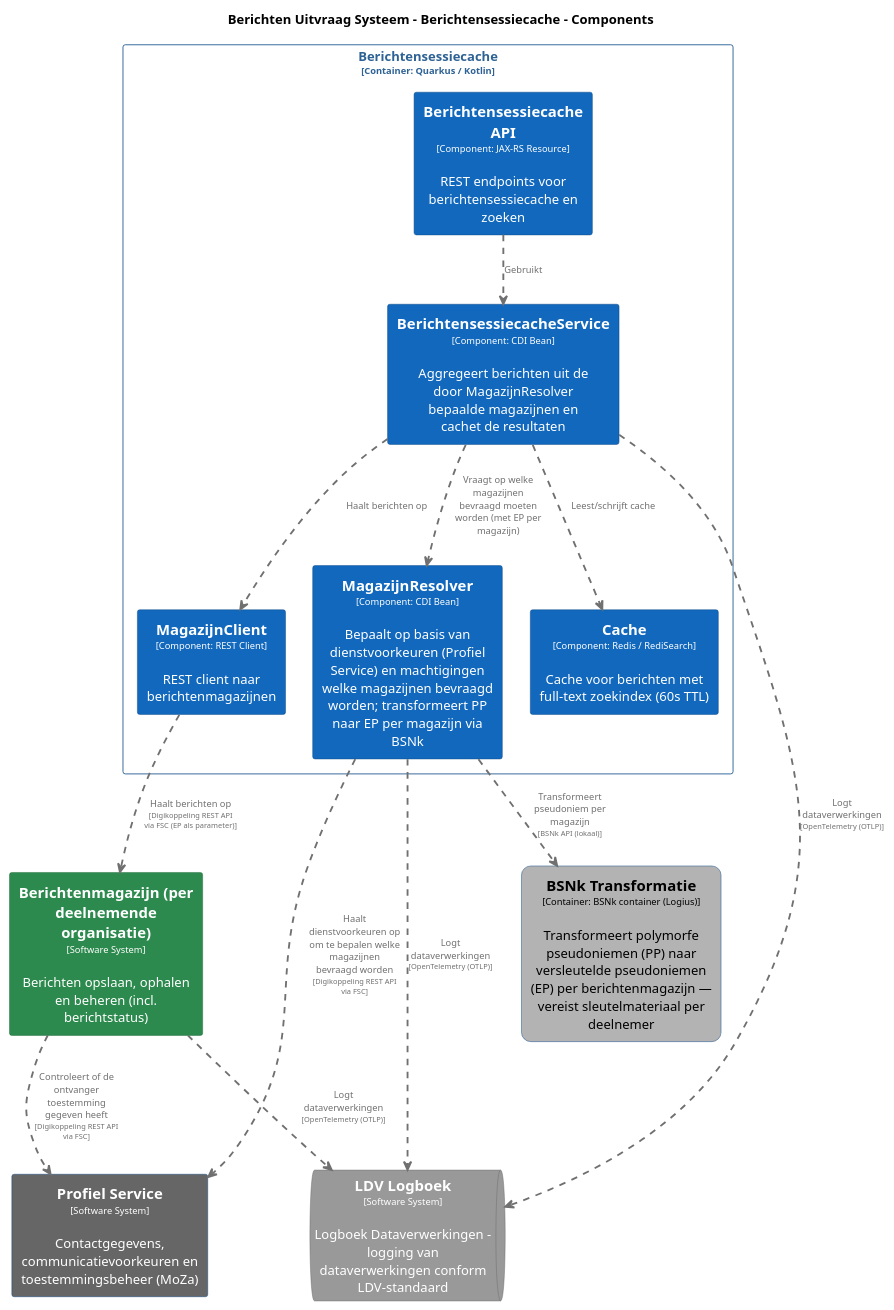
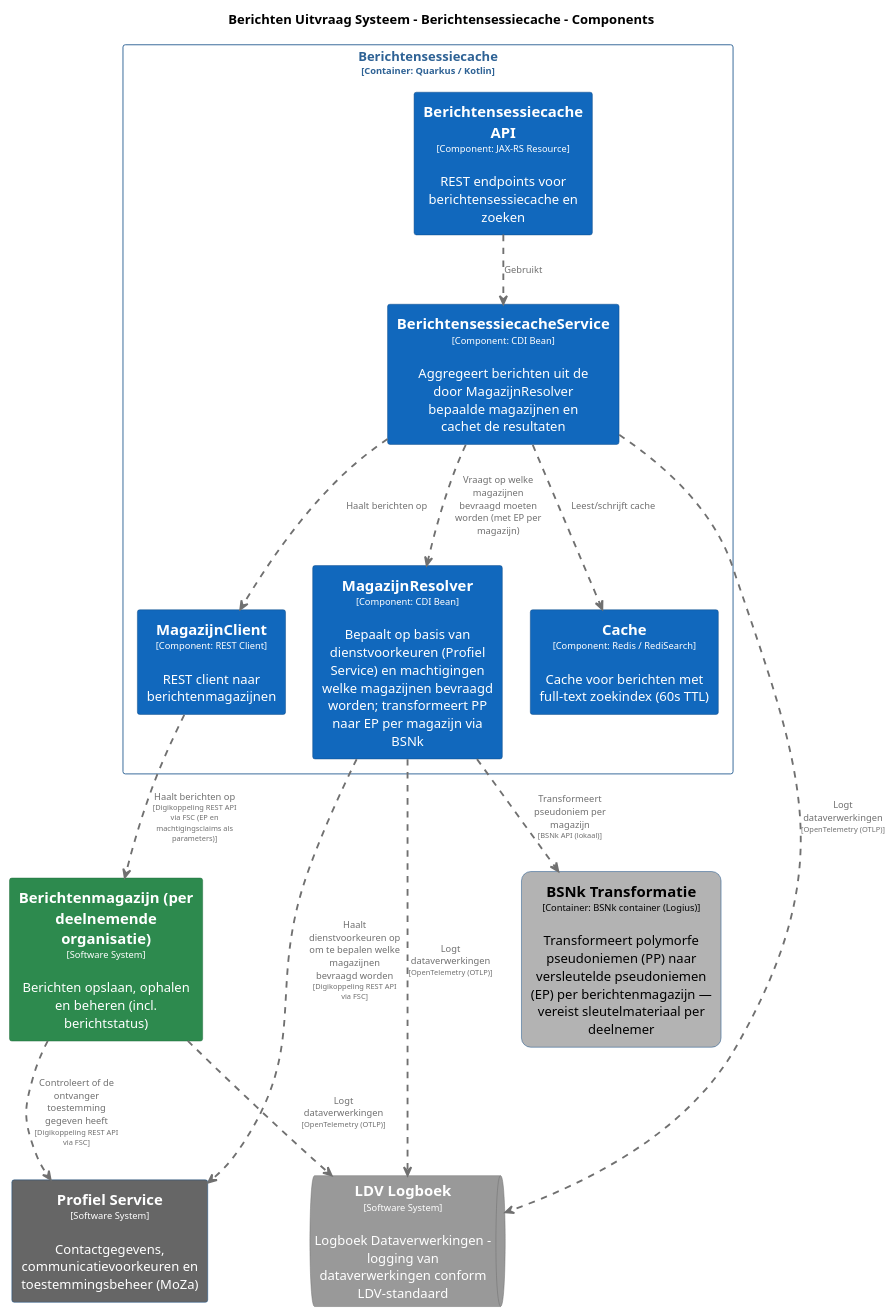
The diagram in pr-preview/pr-22/master/puml/BerichtensessiecacheComponenten.puml (MinBZK/moza-poc-fbs-berichtenbox), drawn with PlantUML before and after one commit. The commit also changed 39 other files, not shown here.

```diff
--- a/pr-preview/pr-22/master/puml/BerichtensessiecacheComponenten.puml
+++ b/pr-preview/pr-22/master/puml/BerichtensessiecacheComponenten.puml
@@ -1,103 +1,103 @@
 @startuml
 set separator none
 title Berichten Uitvraag Systeem - Berichtensessiecache - Components
 
 top to bottom direction
 skinparam ranksep 60
 skinparam nodesep 30
 
 skinparam {
   arrowFontSize 10
   defaultTextAlignment center
   wrapWidth 200
   maxMessageSize 100
 }
 
 hide stereotype
 
 skinparam rectangle<<BerichtenUitvraagSysteem.BSNkTransformatie>> {
   BackgroundColor #b3b3b3
   FontColor #000000
   BorderColor #0b4884
   roundCorner 20
   shadowing false
 }
 skinparam rectangle<<Berichtenmagazijnperdeelnemendeorganisatie>> {
   BackgroundColor #2d8a4e
   FontColor #ffffff
   BorderColor #1e6b38
   shadowing false
 }
 skinparam rectangle<<BerichtenUitvraagSysteem.Berichtensessiecache.BerichtensessiecacheAPI>> {
   BackgroundColor #1168bd
   FontColor #ffffff
   BorderColor #0b4884
   shadowing false
 }
 skinparam rectangle<<BerichtenUitvraagSysteem.Berichtensessiecache.BerichtensessiecacheService>> {
   BackgroundColor #1168bd
   FontColor #ffffff
   BorderColor #0b4884
   shadowing false
 }
 skinparam rectangle<<BerichtenUitvraagSysteem.Berichtensessiecache.Cache>> {
   BackgroundColor #1168bd
   FontColor #ffffff
   BorderColor #0b4884
   shadowing false
 }
 skinparam queue<<LDVLogboek>> {
   BackgroundColor #999999
   FontColor #ffffff
   BorderColor #6b6b6b
   shadowing false
 }
 skinparam rectangle<<BerichtenUitvraagSysteem.Berichtensessiecache.MagazijnClient>> {
   BackgroundColor #1168bd
   FontColor #ffffff
   BorderColor #0b4884
   shadowing false
 }
 skinparam rectangle<<BerichtenUitvraagSysteem.Berichtensessiecache.MagazijnResolver>> {
   BackgroundColor #1168bd
   FontColor #ffffff
   BorderColor #0b4884
   shadowing false
 }
 skinparam rectangle<<ProfielService>> {
   BackgroundColor #666666
   FontColor #ffffff
   BorderColor #0b4884
   shadowing false
 }
 skinparam rectangle<<BerichtenUitvraagSysteem.Berichtensessiecache>> {
   BorderColor #2e6295
   FontColor #2e6295
   shadowing false
 }
 
 rectangle "==Profiel Service\n<size:10>[Software System]</size>\n\nContactgegevens, communicatievoorkeuren en toestemmingsbeheer (MoZa)" <<ProfielService>> as ProfielService
 rectangle "==Berichtenmagazijn (per deelnemende organisatie)\n<size:10>[Software System]</size>\n\nBerichten opslaan, ophalen en beheren (incl. berichtstatus)" <<Berichtenmagazijnperdeelnemendeorganisatie>> as Berichtenmagazijnperdeelnemendeorganisatie
 rectangle "==BSNk Transformatie\n<size:10>[Container: BSNk container (Logius)]</size>\n\nTransformeert polymorfe pseudoniemen (PP) naar versleutelde pseudoniemen (EP) per berichtenmagazijn — vereist sleutelmateriaal per deelnemer" <<BerichtenUitvraagSysteem.BSNkTransformatie>> as BerichtenUitvraagSysteem.BSNkTransformatie
 queue "==LDV Logboek\n<size:10>[Software System]</size>\n\nLogboek Dataverwerkingen - logging van dataverwerkingen conform LDV-standaard" <<LDVLogboek>> as LDVLogboek
 
 rectangle "Berichtensessiecache\n<size:10>[Container: Quarkus / Kotlin]</size>" <<BerichtenUitvraagSysteem.Berichtensessiecache>> {
   rectangle "==Berichtensessiecache API\n<size:10>[Component: JAX-RS Resource]</size>\n\nREST endpoints voor berichtensessiecache en zoeken" <<BerichtenUitvraagSysteem.Berichtensessiecache.BerichtensessiecacheAPI>> as BerichtenUitvraagSysteem.Berichtensessiecache.BerichtensessiecacheAPI
   rectangle "==MagazijnResolver\n<size:10>[Component: CDI Bean]</size>\n\nBepaalt op basis van dienstvoorkeuren (Profiel Service) en machtigingen welke magazijnen bevraagd worden; transformeert PP naar EP per magazijn via BSNk" <<BerichtenUitvraagSysteem.Berichtensessiecache.MagazijnResolver>> as BerichtenUitvraagSysteem.Berichtensessiecache.MagazijnResolver
   rectangle "==BerichtensessiecacheService\n<size:10>[Component: CDI Bean]</size>\n\nAggregeert berichten uit de door MagazijnResolver bepaalde magazijnen en cachet de resultaten" <<BerichtenUitvraagSysteem.Berichtensessiecache.BerichtensessiecacheService>> as BerichtenUitvraagSysteem.Berichtensessiecache.BerichtensessiecacheService
   rectangle "==Cache\n<size:10>[Component: Redis / RediSearch]</size>\n\nCache voor berichten met full-text zoekindex (60s TTL)" <<BerichtenUitvraagSysteem.Berichtensessiecache.Cache>> as BerichtenUitvraagSysteem.Berichtensessiecache.Cache
   rectangle "==MagazijnClient\n<size:10>[Component: REST Client]</size>\n\nREST client naar berichtenmagazijnen" <<BerichtenUitvraagSysteem.Berichtensessiecache.MagazijnClient>> as BerichtenUitvraagSysteem.Berichtensessiecache.MagazijnClient
 }
 
+Berichtenmagazijnperdeelnemendeorganisatie .[#707070,thickness=2].> ProfielService : "<color:#707070>Controleert of de ontvanger toestemming gegeven heeft\n<color:#707070><size:8>[Digikoppeling REST API via FSC]</size>"
 BerichtenUitvraagSysteem.Berichtensessiecache.MagazijnResolver .[#707070,thickness=2].> ProfielService : "<color:#707070>Haalt dienstvoorkeuren op om te bepalen welke magazijnen bevraagd worden\n<color:#707070><size:8>[Digikoppeling REST API via FSC]</size>"
-BerichtenUitvraagSysteem.Berichtensessiecache.MagazijnClient .[#707070,thickness=2].> Berichtenmagazijnperdeelnemendeorganisatie : "<color:#707070>Haalt berichten op\n<color:#707070><size:8>[Digikoppeling REST API via FSC (EP als parameter)]</size>"
+BerichtenUitvraagSysteem.Berichtensessiecache.MagazijnClient .[#707070,thickness=2].> Berichtenmagazijnperdeelnemendeorganisatie : "<color:#707070>Haalt berichten op\n<color:#707070><size:8>[Digikoppeling REST API via FSC (EP en machtigingsclaims als parameters)]</size>"
 Berichtenmagazijnperdeelnemendeorganisatie .[#707070,thickness=2].> LDVLogboek : "<color:#707070>Logt dataverwerkingen\n<color:#707070><size:8>[OpenTelemetry (OTLP)]</size>"
 BerichtenUitvraagSysteem.Berichtensessiecache.BerichtensessiecacheService .[#707070,thickness=2].> LDVLogboek : "<color:#707070>Logt dataverwerkingen\n<color:#707070><size:8>[OpenTelemetry (OTLP)]</size>"
 BerichtenUitvraagSysteem.Berichtensessiecache.MagazijnResolver .[#707070,thickness=2].> LDVLogboek : "<color:#707070>Logt dataverwerkingen\n<color:#707070><size:8>[OpenTelemetry (OTLP)]</size>"
 BerichtenUitvraagSysteem.Berichtensessiecache.BerichtensessiecacheAPI .[#707070,thickness=2].> BerichtenUitvraagSysteem.Berichtensessiecache.BerichtensessiecacheService : "<color:#707070>Gebruikt"
 BerichtenUitvraagSysteem.Berichtensessiecache.BerichtensessiecacheService .[#707070,thickness=2].> BerichtenUitvraagSysteem.Berichtensessiecache.MagazijnResolver : "<color:#707070>Vraagt op welke magazijnen bevraagd moeten worden (met EP per magazijn)"
 BerichtenUitvraagSysteem.Berichtensessiecache.BerichtensessiecacheService .[#707070,thickness=2].> BerichtenUitvraagSysteem.Berichtensessiecache.Cache : "<color:#707070>Leest/schrijft cache"
 BerichtenUitvraagSysteem.Berichtensessiecache.BerichtensessiecacheService .[#707070,thickness=2].> BerichtenUitvraagSysteem.Berichtensessiecache.MagazijnClient : "<color:#707070>Haalt berichten op"
 BerichtenUitvraagSysteem.Berichtensessiecache.MagazijnResolver .[#707070,thickness=2].> BerichtenUitvraagSysteem.BSNkTransformatie : "<color:#707070>Transformeert pseudoniem per magazijn\n<color:#707070><size:8>[BSNk API (lokaal)]</size>"
-Berichtenmagazijnperdeelnemendeorganisatie .[#707070,thickness=2].> ProfielService : "<color:#707070>Controleert of de ontvanger toestemming gegeven heeft\n<color:#707070><size:8>[Digikoppeling REST API via FSC]</size>"
 @enduml
```
